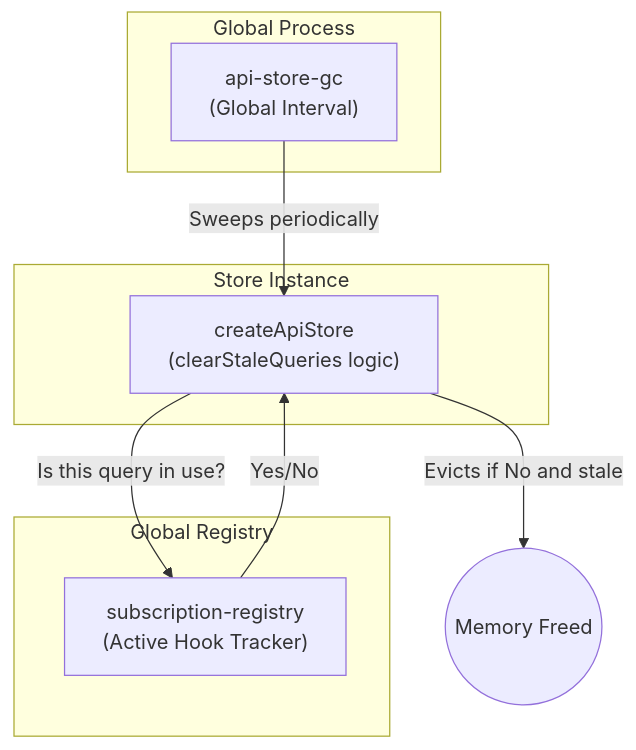
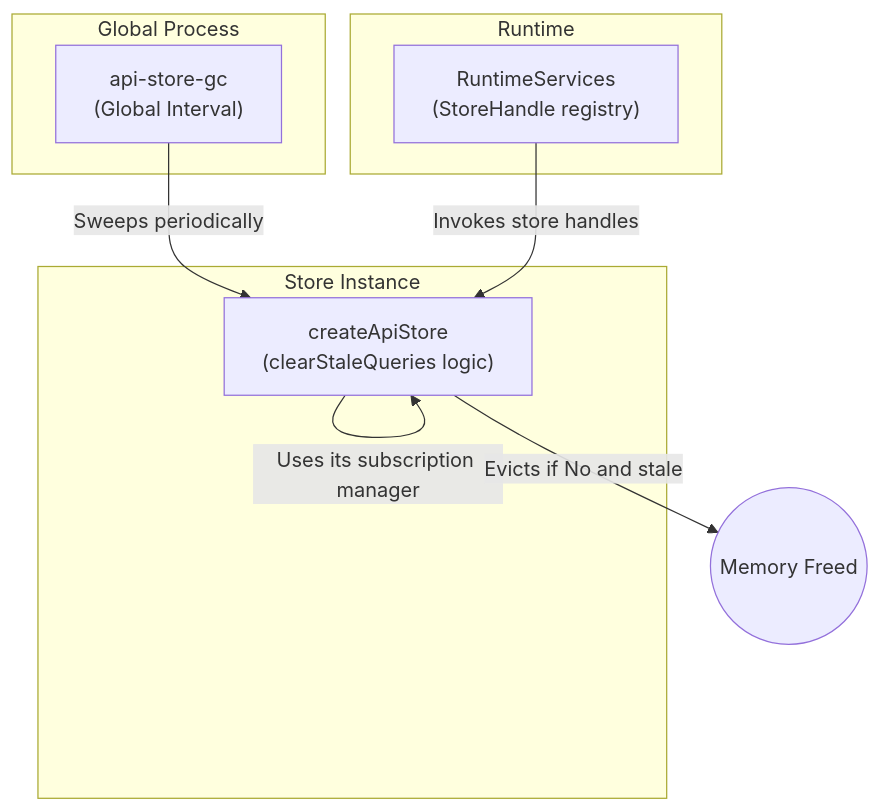
The sixth of 6 diagrams in docs/api-store-factory.md (travelr/factora), drawn with Mermaid before and after one commit. The commit also changed other lines of this file and 37 other files, not shown here.

````diff
--- a/docs/api-store-factory.md
+++ b/docs/api-store-factory.md
@@ -422,20 +406,20 @@
 ```mermaid
 graph TD
 subgraph Global Process
 A["api-store-gc<br/>(Global Interval)"]
 end
 
     subgraph Store Instance
         C["createApiStore<br/>(clearStaleQueries logic)"]
     end
 
-    subgraph Global Registry
-        B["subscription-registry<br/>(Active Hook Tracker)"]
+    subgraph Runtime
+        B["RuntimeServices<br/>(StoreHandle registry)"]
     end
 
     A -- "Sweeps periodically" --> C;
-    C -- "Is this query in use?" --> B;
-    B -- "Yes/No" --> C;
+    C -- "Uses its subscription manager" --> C;
+    B -- "Invokes store handles" --> C;
     C -- "Evicts if No and stale" --> D((Memory Freed));
 
 ```
````
